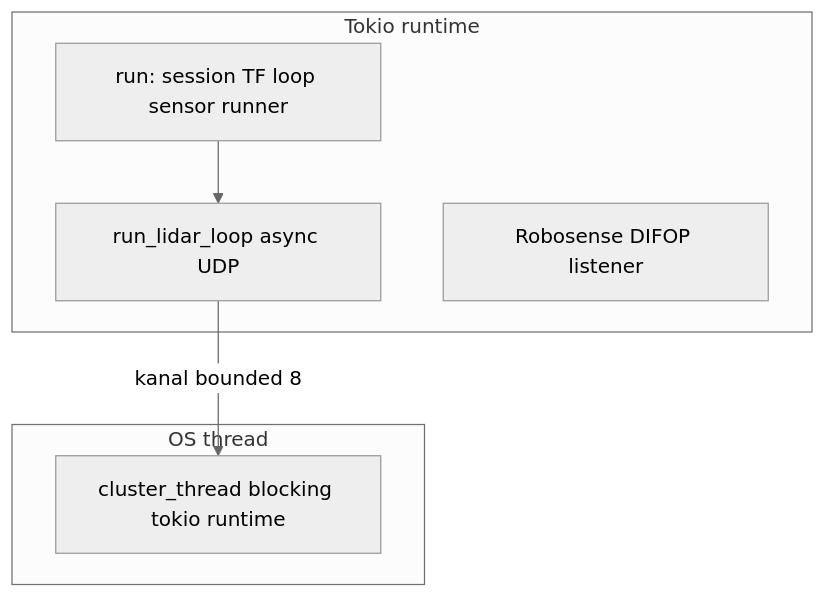
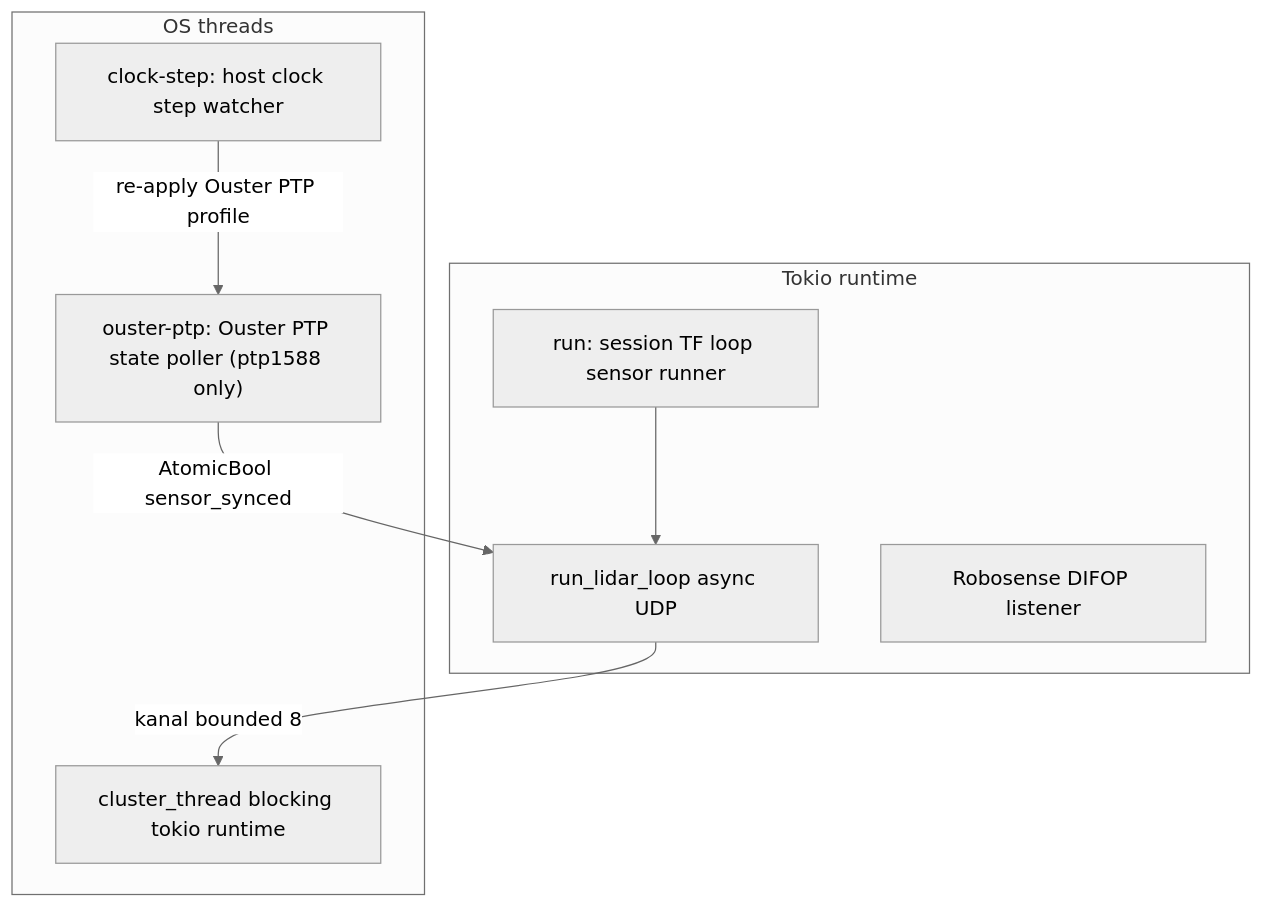
One commit to EdgeFirstAI/lidarpub changed the fourth of 5 diagrams in ARCHITECTURE.md. Above: the diagram before and after it, drawn with Mermaid (neutral theme). The commit also changed other lines of this file and 15 other files, not shown here.

````diff
--- a/ARCHITECTURE.md
+++ b/ARCHITECTURE.md
@@ -216,15 +219,19 @@
 ```mermaid
 graph TB
     subgraph Tokio [Tokio runtime]
         MainTask["run: session TF loop sensor runner"]
         LidarLoop["run_lidar_loop async UDP"]
         DifopTask["Robosense DIFOP listener"]
     end
 
-    subgraph OS [OS thread]
+    subgraph OS [OS threads]
         ClusterThread["cluster_thread blocking tokio runtime"]
+        ClockStep["clock-step: host clock step watcher"]
+        OusterPtp["ouster-ptp: Ouster PTP state poller (ptp1588 only)"]
     end
 
     MainTask --> LidarLoop
     LidarLoop -->|"kanal bounded 8"| ClusterThread
+    OusterPtp -->|"AtomicBool sensor_synced"| LidarLoop
+    ClockStep -->|"re-apply Ouster PTP profile"| OusterPtp
 ```
````
